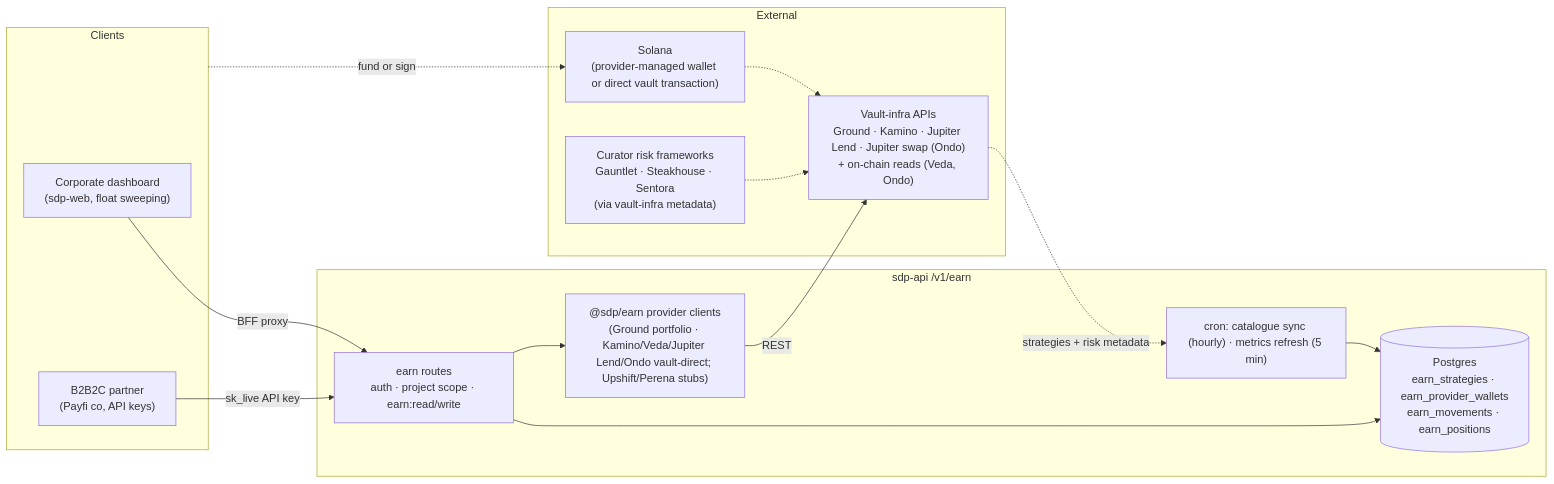
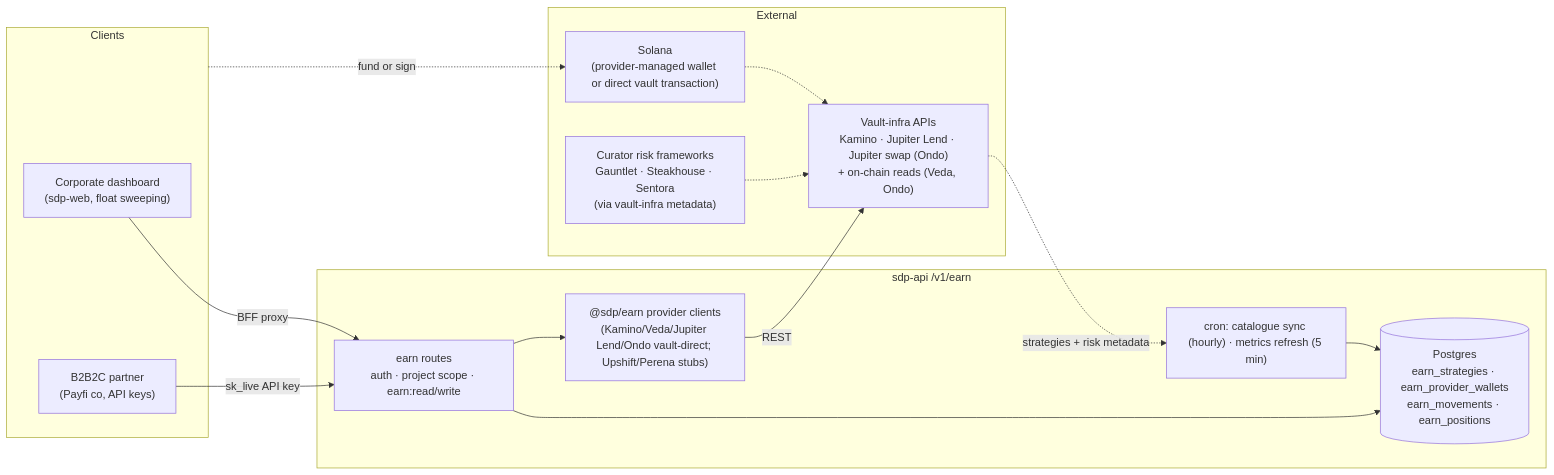
Before and after one commit to solana-foundation/solana-developer-platform: the diagram in docs/architecture/earn-v1-data-flow.md, drawn with Mermaid. The commit also changed other lines of this file and 62 other files, not shown here.

First line of the commit message:
feat(earn): remove the Ground provider and its data (PRO-1860)

````diff
--- a/docs/architecture/earn-v1-data-flow.md
+++ b/docs/architecture/earn-v1-data-flow.md
@@ -15,31 +15,31 @@
 ```mermaid
 flowchart LR
     subgraph Clients
         DASH["Corporate dashboard<br/>(sdp-web, float sweeping)"]
         PARTNER["B2B2C partner<br/>(Payfi co, API keys)"]
     end
 
     subgraph SDP["sdp-api  /v1/earn"]
         ROUTES["earn routes<br/>auth · project scope · earn:read/write"]
-        SVC["@sdp/earn provider clients<br/>(Ground portfolio · Kamino/Veda/Jupiter Lend/Ondo vault-direct; Upshift/Perena stubs)"]
+        SVC["@sdp/earn provider clients<br/>(Kamino/Veda/Jupiter Lend/Ondo vault-direct; Upshift/Perena stubs)"]
         DB[("Postgres<br/>earn_strategies · earn_provider_wallets<br/>earn_movements · earn_positions")]
         CRON["cron: catalogue sync (hourly) · metrics refresh (5 min)"]
     end
 
     subgraph External
-        VAULT["Vault-infra APIs<br/>Ground · Kamino · Jupiter Lend · Jupiter swap (Ondo)<br/>+ on-chain reads (Veda, Ondo)"]
+        VAULT["Vault-infra APIs<br/>Kamino · Jupiter Lend · Jupiter swap (Ondo)<br/>+ on-chain reads (Veda, Ondo)"]
         CHAIN["Solana<br/>(provider-managed wallet or direct vault transaction)"]
         CURATOR["Curator risk frameworks<br/>Gauntlet · Steakhouse · Sentora<br/>(via vault-infra metadata)"]
     end
 
     DASH -->|BFF proxy| ROUTES
     PARTNER -->|sk_live API key| ROUTES
     ROUTES --> DB
     ROUTES --> SVC
     SVC -->|REST| VAULT
     VAULT -.->|strategies + risk metadata| CRON
     CURATOR -.-> VAULT
     CRON --> DB
     Clients -.->|fund or sign| CHAIN
     CHAIN -.-> VAULT
 ```
````
